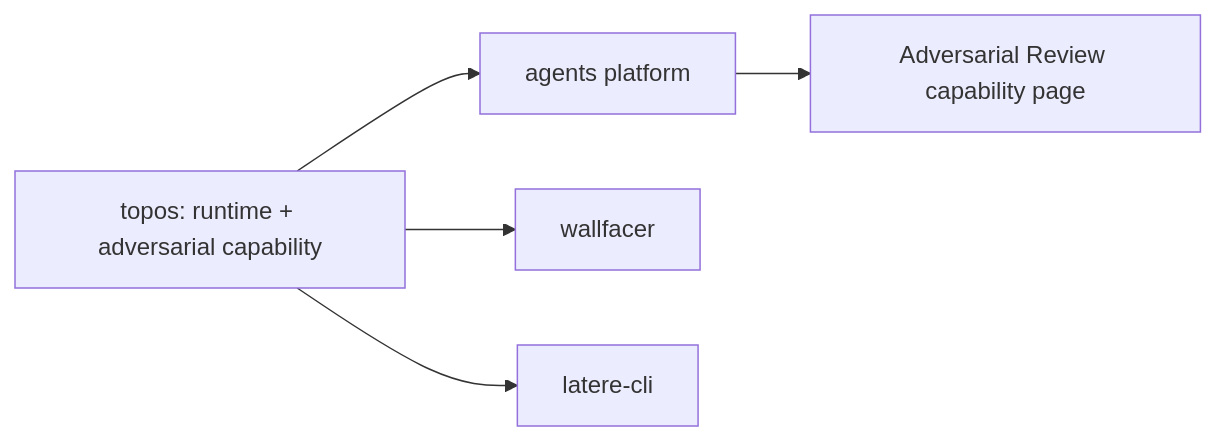
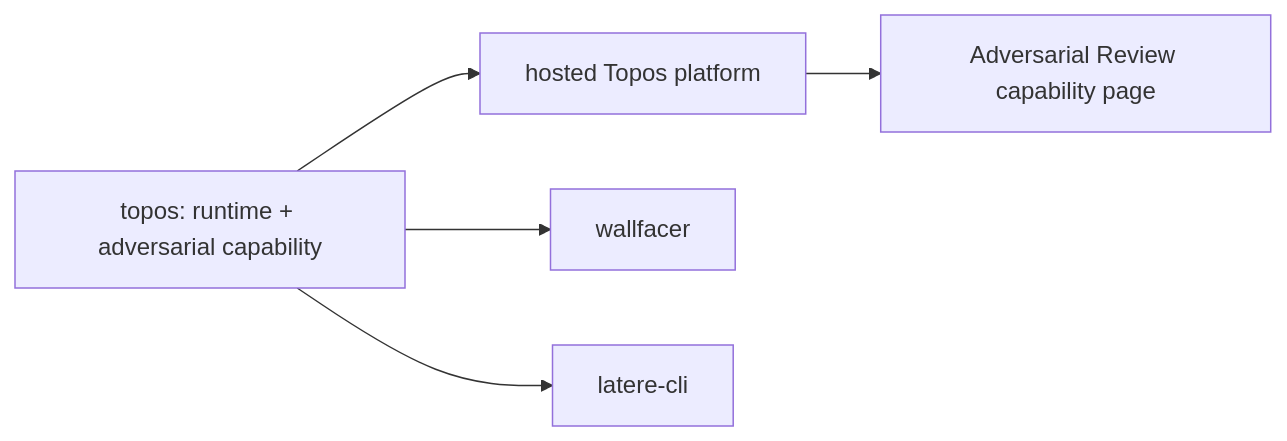
The second of 2 diagrams in specs/.archive/013-overview.md (latere-ai/topos), drawn with Mermaid before and after one commit. The commit also changed other lines of this file and 9 other files, not shown here.

````diff
--- a/specs/.archive/013-overview.md
+++ b/specs/.archive/013-overview.md
@@ -203,7 +191,7 @@
 ```mermaid
 graph LR
-  topos[topos: runtime + adversarial capability] --> agents[agents platform]
+  topos[topos: runtime + adversarial capability] --> platform[hosted Topos platform]
   topos --> wf[wallfacer]
   topos --> cli[latere-cli]
-  agents --> page[Adversarial Review capability page]
+  platform --> page[Adversarial Review capability page]
 ```
````
